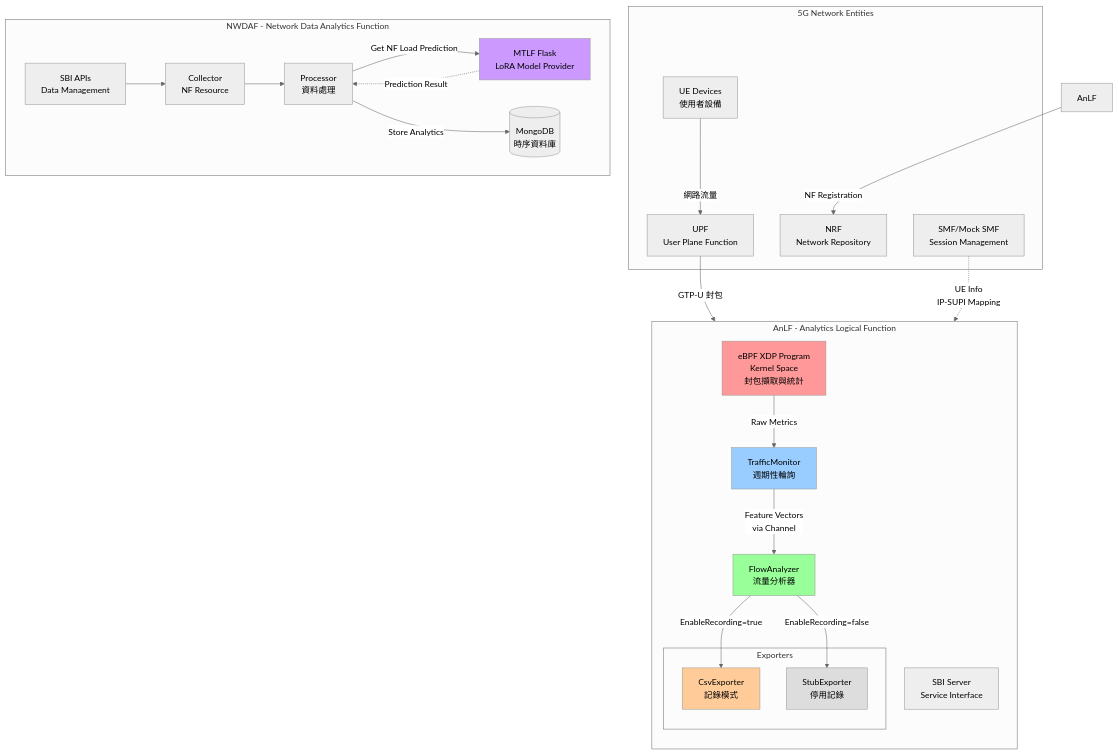
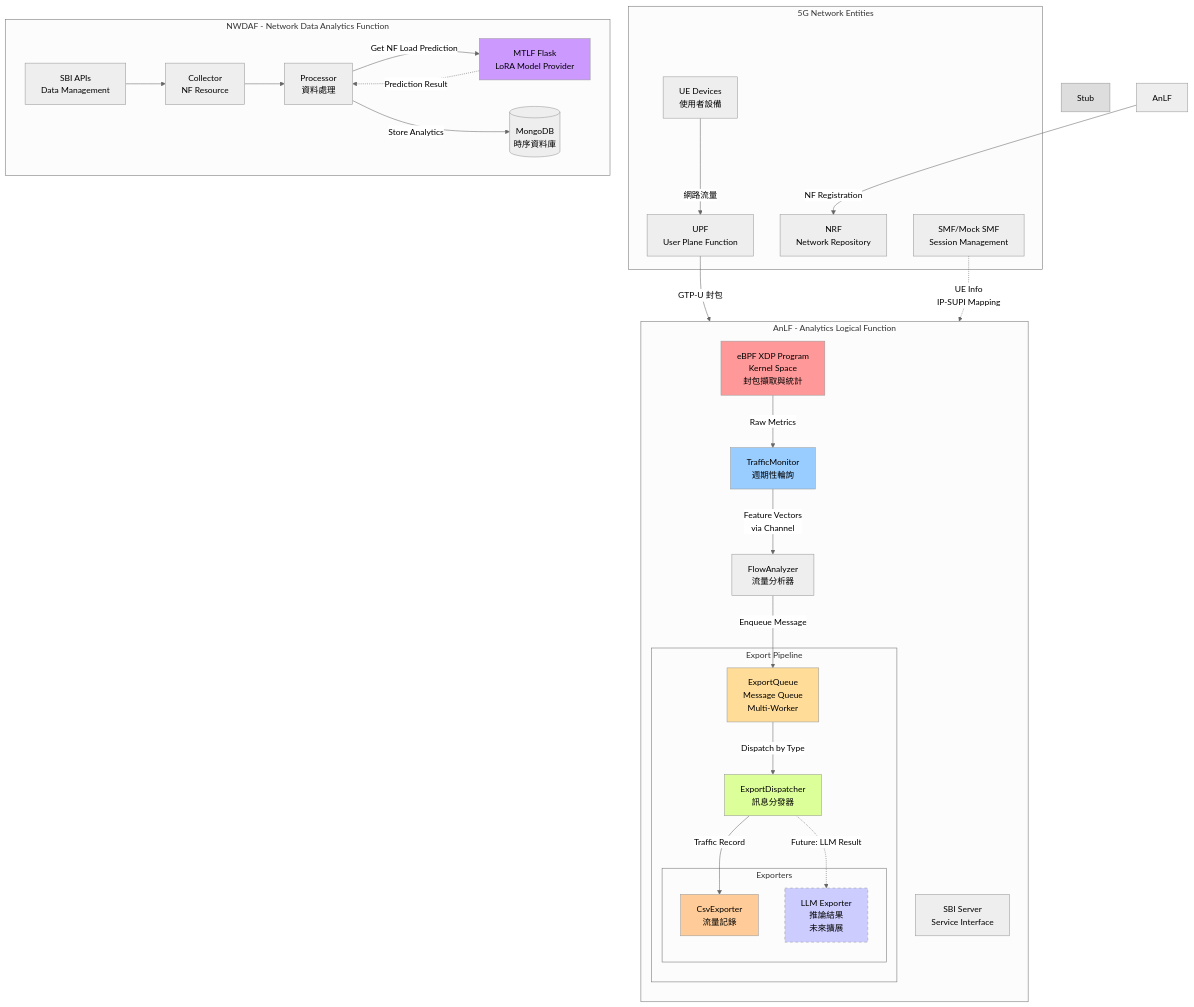
The first of 8 diagrams in docs/architecture.md (ian-cs12-NYCU/AnLF), drawn with Mermaid before and after one commit. The commit also changed other lines of this file and 7 other files, not shown here.

Commit message:
feat: Add Export Message Queue with Dispatcher

````diff
--- a/docs/architecture.md
+++ b/docs/architecture.md
@@ -5,58 +5,66 @@
 ```mermaid
 %%{init: {'theme':'neutral'}}%%
 graph TB
     subgraph "5G Network Entities"
         UE[UE Devices<br/>使用者設備]
         UPF[UPF<br/>User Plane Function]
         NRF[NRF<br/>Network Repository]
         SMF[SMF/Mock SMF<br/>Session Management]
     end
     
     subgraph "AnLF - Analytics Logical Function"
         direction TB
         eBPF[eBPF XDP Program<br/>Kernel Space<br/>封包擷取與統計]
         Monitor[TrafficMonitor<br/>週期性輪詢]
         Analyzer[FlowAnalyzer<br/>流量分析器]
         
-        subgraph "Exporters"
-            CSV[CsvExporter<br/>記錄模式]
-            Stub[StubExporter<br/>停用記錄]
+        subgraph "Export Pipeline"
+            Queue[ExportQueue<br/>Message Queue<br/>Multi-Worker]
+            Dispatcher[ExportDispatcher<br/>訊息分發器]
+            
+            subgraph "Exporters"
+                CSV[CsvExporter<br/>流量記錄]
+                LLM[LLM Exporter<br/>推論結果<br/>未來擴展]
+            end
         end
         
         SBI_Server[SBI Server<br/>Service Interface]
     end
     
     subgraph "NWDAF - Network Data Analytics Function"
         SBI_NW[SBI APIs<br/>Data Management]
         Collector[Collector<br/>NF Resource]
         Processor[Processor<br/>資料處理]
         MTLF[MTLF Flask<br/>LoRA Model Provider]
         DB[(MongoDB<br/>時序資料庫)]
     end
     
     UE -->|網路流量| UPF
     UPF -->|GTP-U 封包| eBPF
     
     eBPF -->|Raw Metrics| Monitor
     SMF -.->|UE Info<br/>IP-SUPI Mapping| Monitor
     
     Monitor -->|Feature Vectors<br/>via Channel| Analyzer
-    
-    Analyzer -->|EnableRecording=true| CSV
-    Analyzer -->|EnableRecording=false| Stub
+    Analyzer -->|Enqueue Message| Queue
+    Queue -->|Dispatch by Type| Dispatcher
+    Dispatcher -->|Traffic Record| CSV
+    Dispatcher -.->|Future: LLM Result| LLM
     
     AnLF -->|NF Registration| NRF
     
     SBI_NW --> Collector
     Collector --> Processor
     Processor -->|Get NF Load Prediction| MTLF
     Processor -->|Store Analytics| DB
     MTLF -.->|Prediction Result| Processor
     
     style eBPF fill:#ff9999
     style Monitor fill:#99ccff
-    style Analyzer fill:#99ff99
+    style Queue fill:#ffdd99
+    style Dispatcher fill:#ddff99
     style CSV fill:#ffcc99
+    style LLM fill:#ccccff,stroke-dasharray: 5 5
     style Stub fill:#dddddd
     style MTLF fill:#cc99ff
 ```
````
